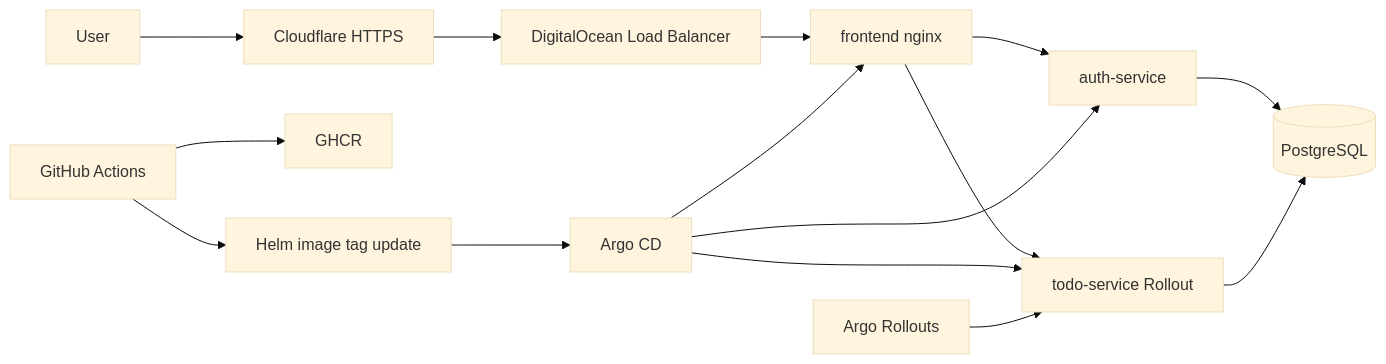
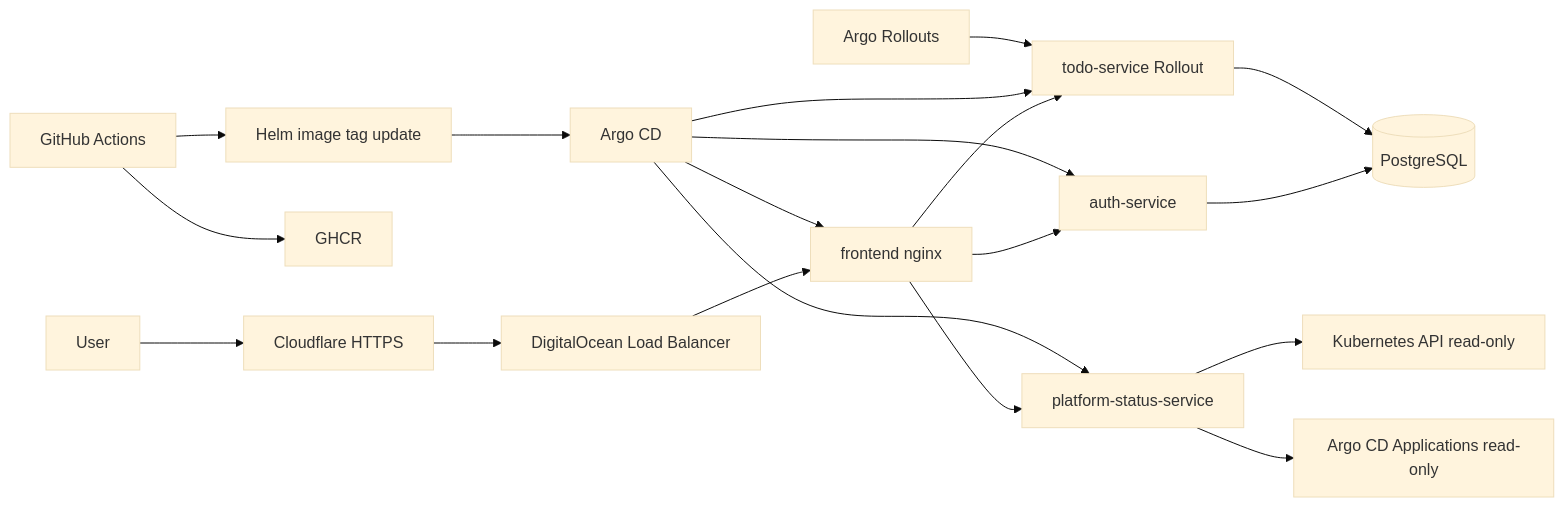
Before and after one commit to SkyShineTH/Shipyard: the diagram in README.md, drawn with Mermaid (base theme). The commit also changed other lines of this file and 3 other files, not shown here.

````diff
--- a/README.md
+++ b/README.md
@@ -39,18 +43,22 @@
 ```mermaid
 flowchart LR
   user[User] --> cf[Cloudflare HTTPS]
   cf --> lb[DigitalOcean Load Balancer]
   lb --> fe[frontend nginx]
   fe --> auth[auth-service]
   fe --> todo[todo-service Rollout]
+  fe --> platform[platform-status-service]
+  platform --> kube[Kubernetes API read-only]
+  platform --> apps[Argo CD Applications read-only]
   auth --> db[(PostgreSQL)]
   todo --> db
 
   ci[GitHub Actions] --> ghcr[GHCR]
   ci --> values[Helm image tag update]
   values --> argo[Argo CD]
   argo --> fe
   argo --> auth
   argo --> todo
+  argo --> platform
   rollouts[Argo Rollouts] --> todo
 ```
````
